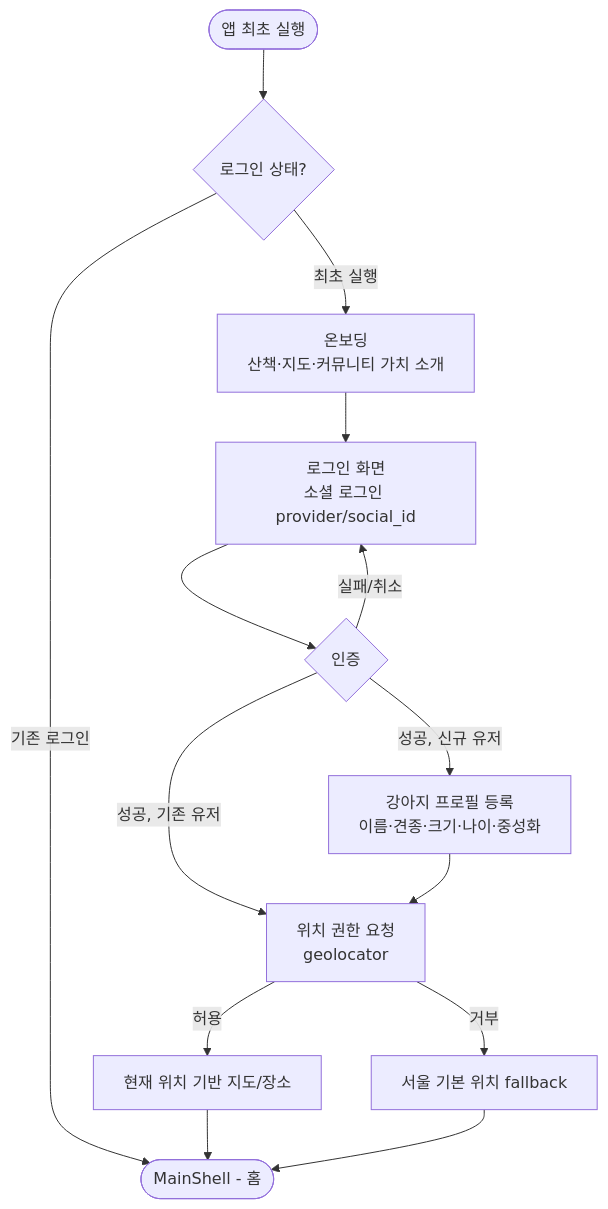
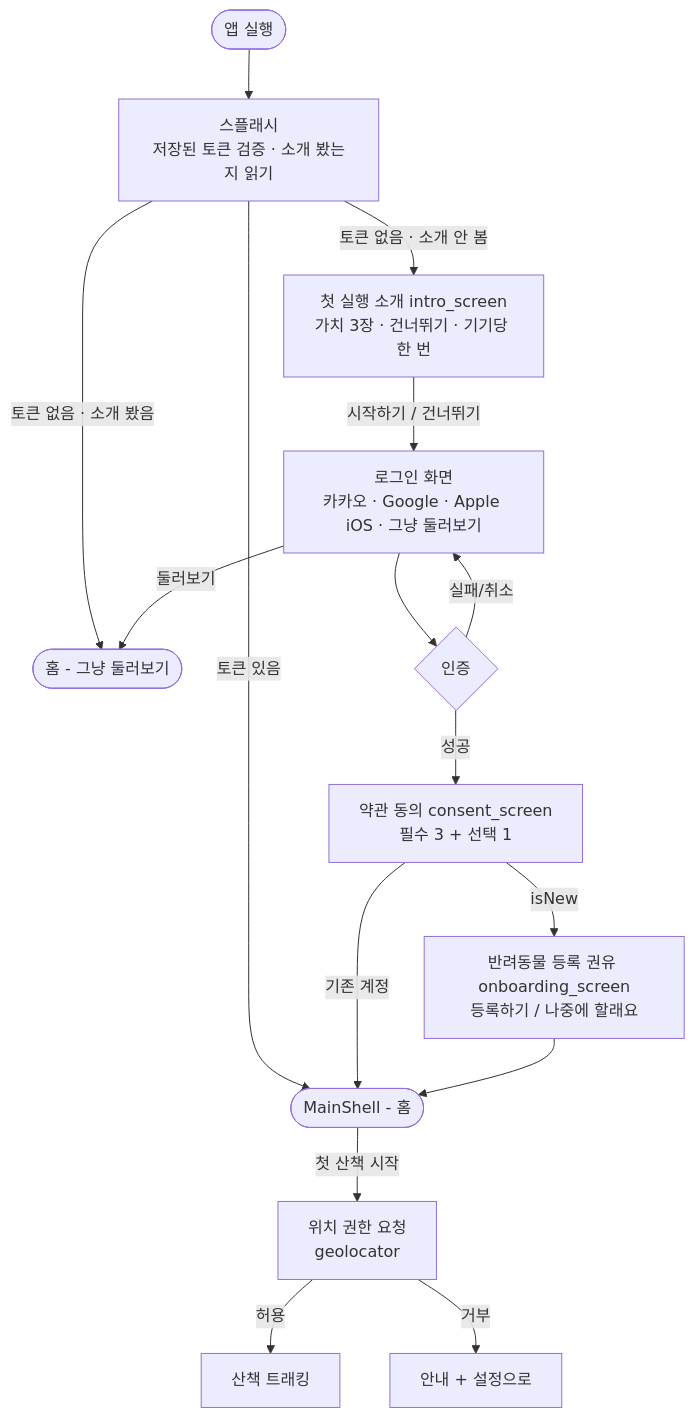
Before and after one commit to sanghyunbang/pawloop: the fourth of 4 diagrams in docs/01-design/user-flows.md, drawn with Mermaid. The commit also changed other lines of this file and 9 other files, not shown here.

First line of the commit message:
feat(app): 첫 실행 소개 — 가치 3장 · 건너뛰기 · 기기당 한 번, 로그인 앞에 (#323)

````diff
--- a/docs/01-design/user-flows.md
+++ b/docs/01-design/user-flows.md
@@ -140,19 +140,18 @@
 ```mermaid
 flowchart TD
-    A([앱 최초 실행]) --> B{로그인 상태?}
-    B -->|기존 로그인| H([MainShell - 홈])
-    B -->|최초 실행| C[온보딩<br/>산책·지도·커뮤니티 가치 소개]
-
-    C --> D[로그인 화면<br/>소셜 로그인 provider/social_id]
+    A([앱 실행]) --> S[스플래시<br/>저장된 토큰 검증 · 소개 봤는지 읽기]
+    S -->|토큰 있음| H([MainShell - 홈])
+    S -->|토큰 없음 · 소개 안 봄| I[첫 실행 소개 intro_screen<br/>가치 3장 · 건너뛰기 · 기기당 한 번]
+    S -->|토큰 없음 · 소개 봤음| G([홈 - 그냥 둘러보기])
+    I -->|시작하기 / 건너뛰기| D[로그인 화면<br/>카카오 · Google · Apple iOS · 그냥 둘러보기]
+    D -->|둘러보기| G
     D --> D1{인증}
     D1 -->|실패/취소| D
-    D1 -->|성공, 신규 유저| E[강아지 프로필 등록<br/>이름·견종·크기·나이·중성화]
-    D1 -->|성공, 기존 유저| F[위치 권한 요청<br/>geolocator]
-
-    E --> F
-    F -->|허용| G[현재 위치 기반 지도/장소]
-    F -->|거부| G2[서울 기본 위치 fallback]
-    G --> H
-    G2 --> H
-
+    D1 -->|성공| C[약관 동의 consent_screen<br/>필수 3 + 선택 1]
+    C -->|isNew| E[반려동물 등록 권유 onboarding_screen<br/>등록하기 / 나중에 할래요]
+    C -->|기존 계정| H
+    E --> H
+    H -->|첫 산책 시작| F[위치 권한 요청<br/>geolocator]
+    F -->|허용| T[산책 트래킹]
+    F -->|거부| T2[안내 + 설정으로]
 ```
````
